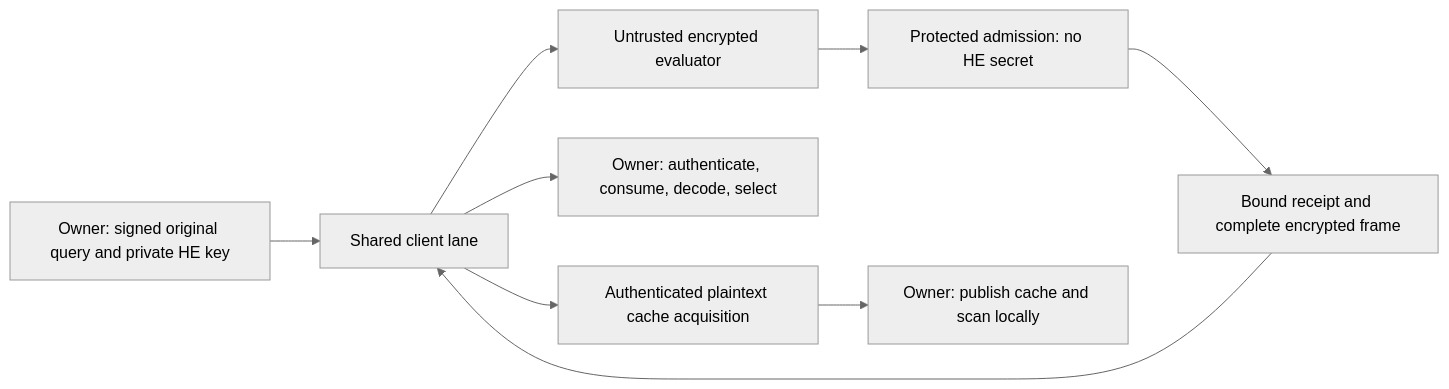
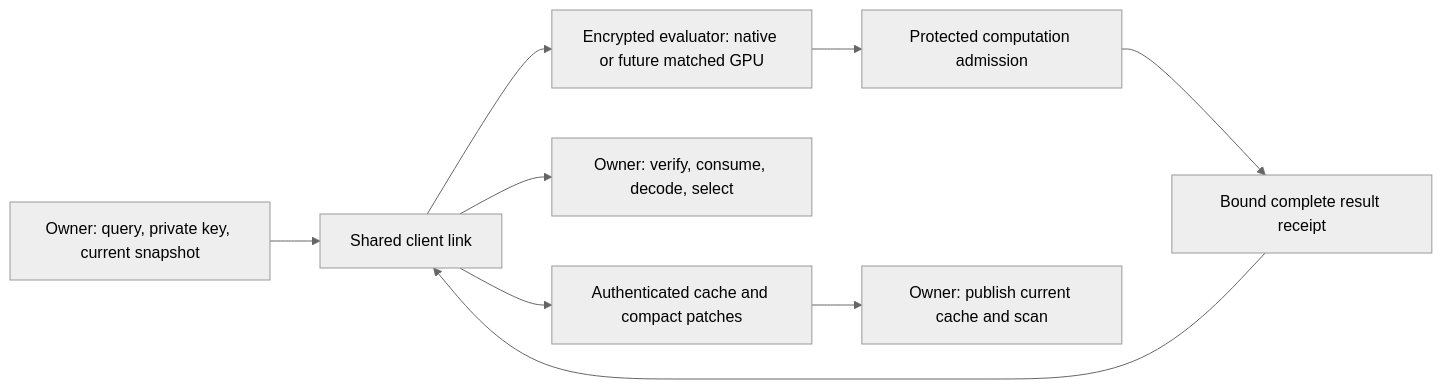
The diagram in docs/research/research-system-decision-plan-20261005.md (XTraceAI/cuhepy), drawn with Mermaid (neutral theme) before and after one commit. The commit also changed other lines of this file and 7 other files, not shown here.

````diff
--- a/docs/research/research-system-decision-plan-20261005.md
+++ b/docs/research/research-system-decision-plan-20261005.md
@@ -136,11 +58,11 @@
 ```mermaid
 flowchart LR
-    O["Owner: signed original query and private HE key"] --> L["Shared client lane"]
-    L --> E["Untrusted encrypted evaluator"]
-    E --> V["Protected admission: no HE secret"]
-    V --> R["Bound receipt and complete encrypted frame"]
+    O[Owner: query, private key, current snapshot] --> L[Shared client link]
+    L --> E[Encrypted evaluator: native or future matched GPU]
+    E --> V[Protected computation admission]
+    V --> R[Bound complete result receipt]
     R --> L
-    L --> F["Owner: authenticate, consume, decode, select"]
-    L --> C["Authenticated plaintext cache acquisition"]
-    C --> P["Owner: publish cache and scan locally"]
+    L --> D[Owner: verify, consume, decode, select]
+    L --> C[Authenticated cache and compact patches]
+    C --> S[Owner: publish current cache and scan]
 ```
````
